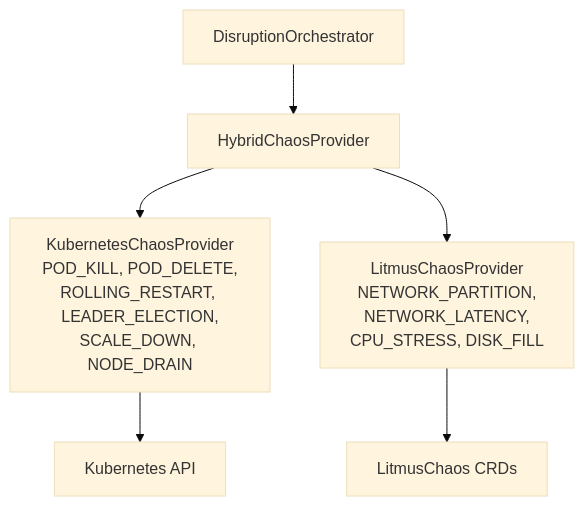
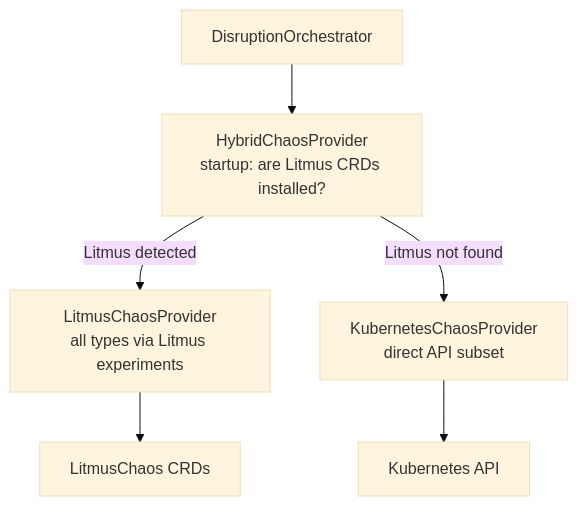
Before and after one commit to actions-marketplace-validations/bmscomp_kates: the second of 9 diagrams in docs/book/07-chaos-practice.md, drawn with Mermaid (base theme). The commit also changed other lines of this file and 23 other files, not shown here.

````diff
--- a/docs/book/07-chaos-practice.md
+++ b/docs/book/07-chaos-practice.md
@@ -78,11 +81,10 @@
 ```mermaid
 graph TD
-    DO[DisruptionOrchestrator] --> HCP[HybridChaosProvider]
+    DO[DisruptionOrchestrator] --> HCP[HybridChaosProvider<br/>startup: are Litmus CRDs installed?]
     
-    HCP --> KCP[KubernetesChaosProvider<br/>POD_KILL, POD_DELETE,<br/>ROLLING_RESTART, LEADER_ELECTION,<br/>SCALE_DOWN, NODE_DRAIN]
+    HCP -->|Litmus detected| LCP[LitmusChaosProvider<br/>all types via Litmus experiments]
+    HCP -->|Litmus not found| KCP[KubernetesChaosProvider<br/>direct API subset]
     
-    HCP --> LCP[LitmusChaosProvider<br/>NETWORK_PARTITION,<br/>NETWORK_LATENCY,<br/>CPU_STRESS, DISK_FILL]
-    
+    LCP --> LIT[LitmusChaos CRDs]
     KCP --> K8S[Kubernetes API]
-    LCP --> LIT[LitmusChaos CRDs]
 ```
````
